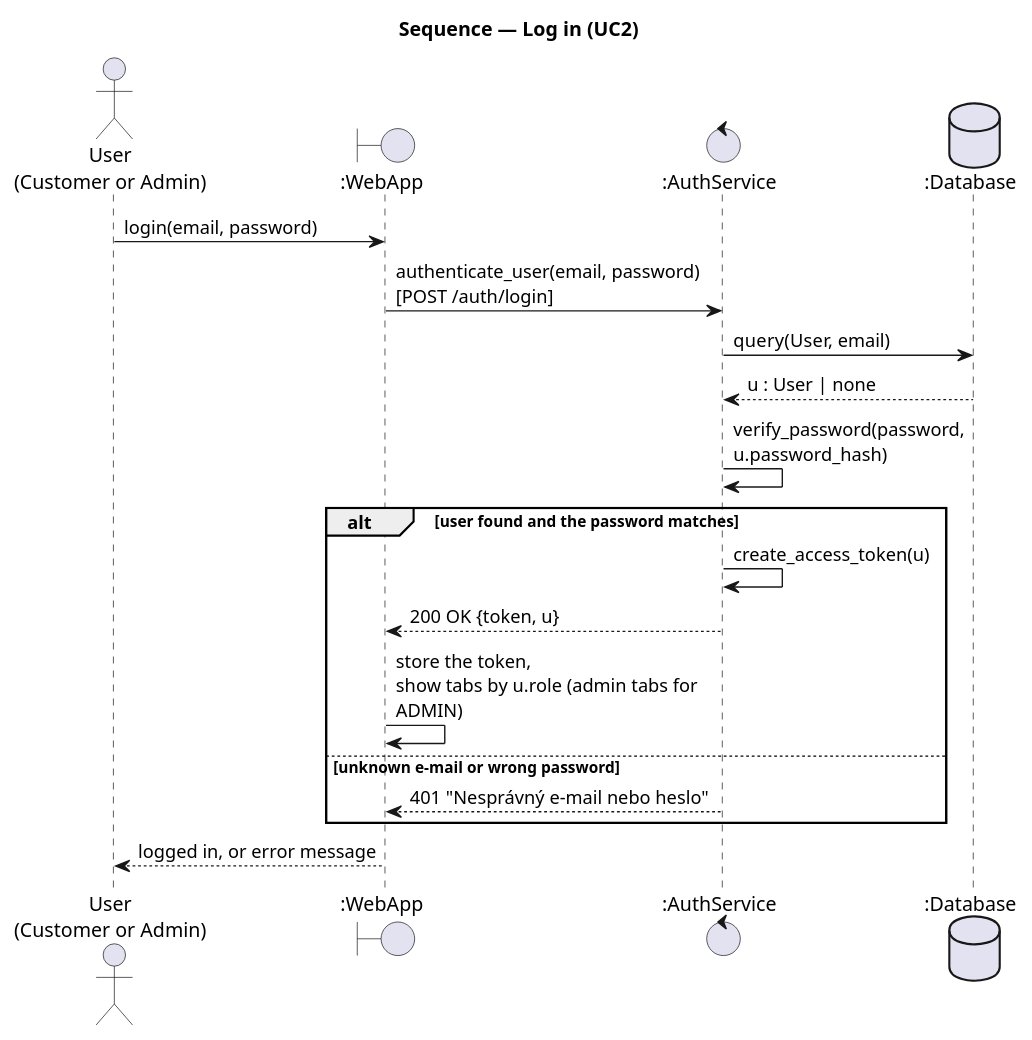
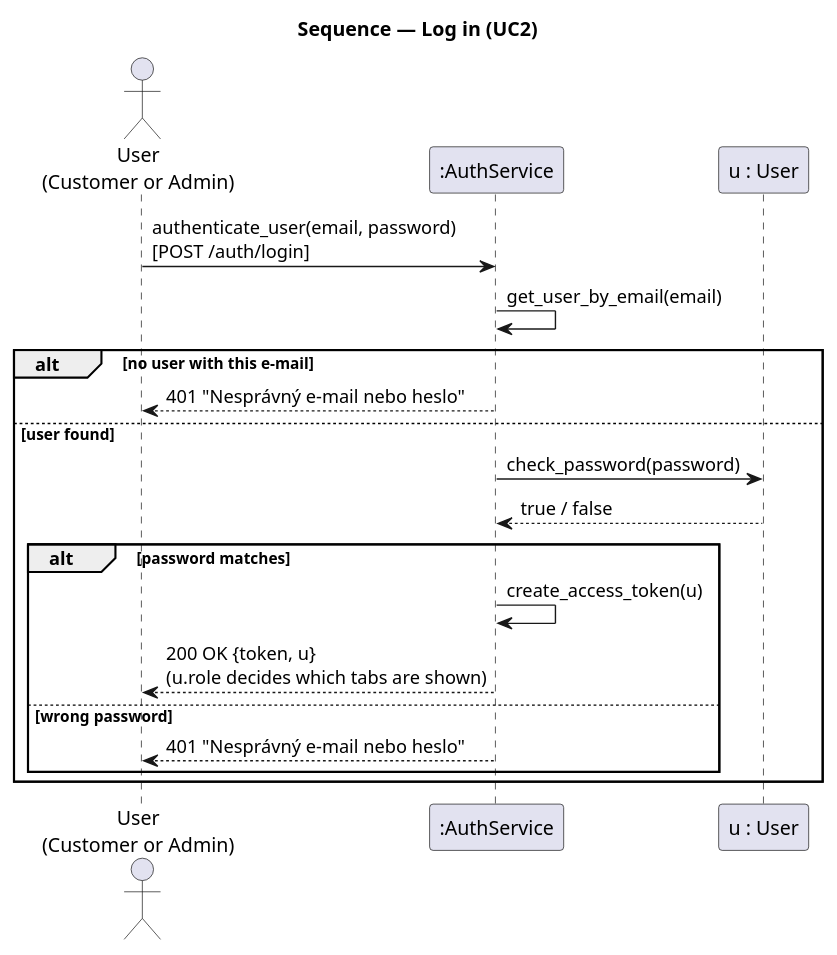
The diagram in docs/diagrams/sequence-login.puml (DavidMagyarics/CarRentalVSB), drawn with PlantUML before and after one commit. The commit also changed 13 other files, not shown here.

Commit message:
docs: draw the sequence diagrams in the lecture style, with the domain objects as the main participants

```diff
--- a/docs/diagrams/sequence-login.puml
+++ b/docs/diagrams/sequence-login.puml
@@ -1,26 +1,25 @@
 @startuml sequence-login
 skinparam backgroundColor white
 skinparam responseMessageBelowArrow true
 skinparam maxMessageSize 260
 title Sequence — Log in (UC2)
 actor "User\n(Customer or Admin)" as User
-boundary ":WebApp" as Web
-control ":AuthService" as Auth
-database ":Database" as DB
+participant ":AuthService" as Auth
+participant "u : User" as U
 
-User -> Web : login(email, password)
-Web -> Auth : authenticate_user(email, password)\n[POST /auth/login]
-Auth -> DB : query(User, email)
-DB --> Auth : u : User | none
-Auth -> Auth : verify_password(password, u.password_hash)
+User -> Auth : authenticate_user(email, password)\n[POST /auth/login]
+Auth -> Auth : get_user_by_email(email)
 
-alt user found and the password matches
-  Auth -> Auth : create_access_token(u)
-  Auth --> Web : 200 OK {token, u}
-  Web -> Web : store the token,\nshow tabs by u.role (admin tabs for ADMIN)
-else unknown e-mail or wrong password
-  Auth --> Web : 401 "Nesprávný e-mail nebo heslo"
+alt no user with this e-mail
+  Auth --> User : 401 "Nesprávný e-mail nebo heslo"
+else user found
+  Auth -> U : check_password(password)
+  U --> Auth : true / false
+  alt password matches
+    Auth -> Auth : create_access_token(u)
+    Auth --> User : 200 OK {token, u}\n(u.role decides which tabs are shown)
+  else wrong password
+    Auth --> User : 401 "Nesprávný e-mail nebo heslo"
+  end
 end
-
-Web --> User : logged in, or error message
 @enduml
```
